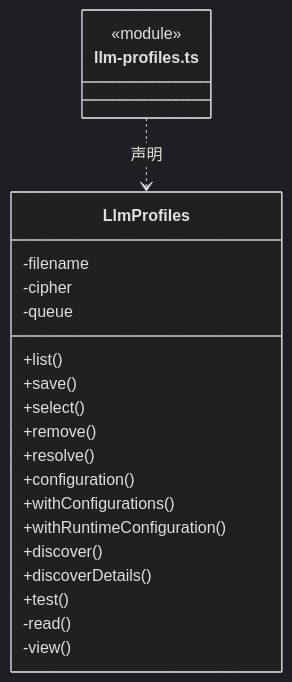
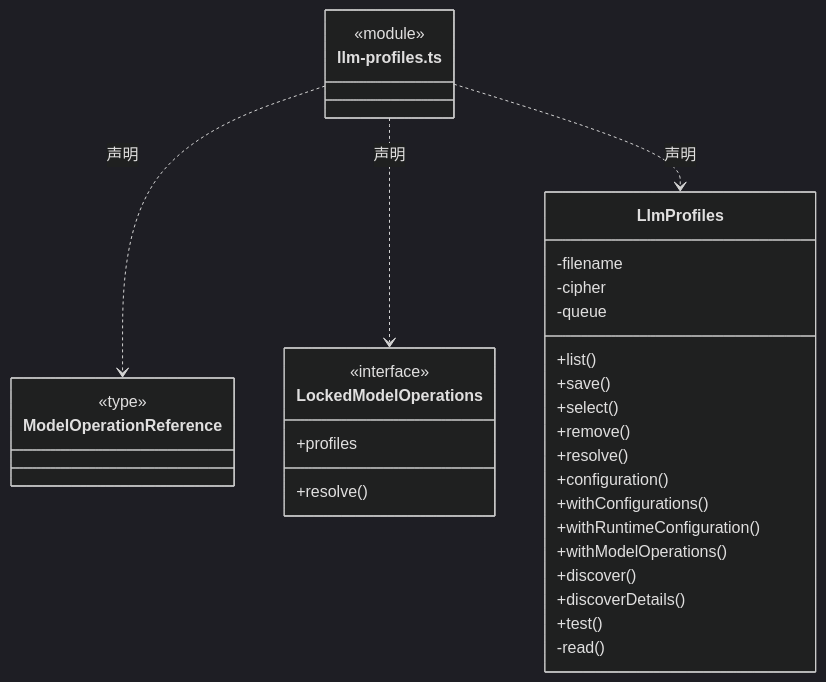
The third of 5 diagrams in src/logic/models/service/ARCHITECTURE.md (nan023062/cbim), drawn with Mermaid (dark theme) before and after one commit. The commit also changed other lines of this file and 15 other files, not shown here.

Commit message:
feat(models): add embedding capabilities and atomic model operation preparation

````diff
--- a/src/logic/models/service/ARCHITECTURE.md
+++ b/src/logic/models/service/ARCHITECTURE.md
@@ -69,25 +69,36 @@
 ```mermaid
 classDiagram
 class N_src_logic_models_service_llm_profiles_ts["llm-profiles.ts"] {
   <<module>>
 }
+class N_src_logic_models_service_llm_profiles_ts_ModelOperationReference["ModelOperationReference"] {
+  <<type>>
+
+}
+N_src_logic_models_service_llm_profiles_ts ..> N_src_logic_models_service_llm_profiles_ts_ModelOperationReference : 声明
+class N_src_logic_models_service_llm_profiles_ts_LockedModelOperations["LockedModelOperations"] {
+  <<interface>>
+  +profiles
+  +resolve()
+}
+N_src_logic_models_service_llm_profiles_ts ..> N_src_logic_models_service_llm_profiles_ts_LockedModelOperations : 声明
 class N_src_logic_models_service_llm_profiles_ts_LlmProfiles["LlmProfiles"] {
   +list()
   +save()
   +select()
   +remove()
   +resolve()
   +configuration()
   +withConfigurations()
   +withRuntimeConfiguration()
+  +withModelOperations()
   +discover()
   +discoverDetails()
   +test()
   -filename
   -cipher
   -queue
   -read()
-  -view()
 }
 N_src_logic_models_service_llm_profiles_ts ..> N_src_logic_models_service_llm_profiles_ts_LlmProfiles : 声明
 ```
````
